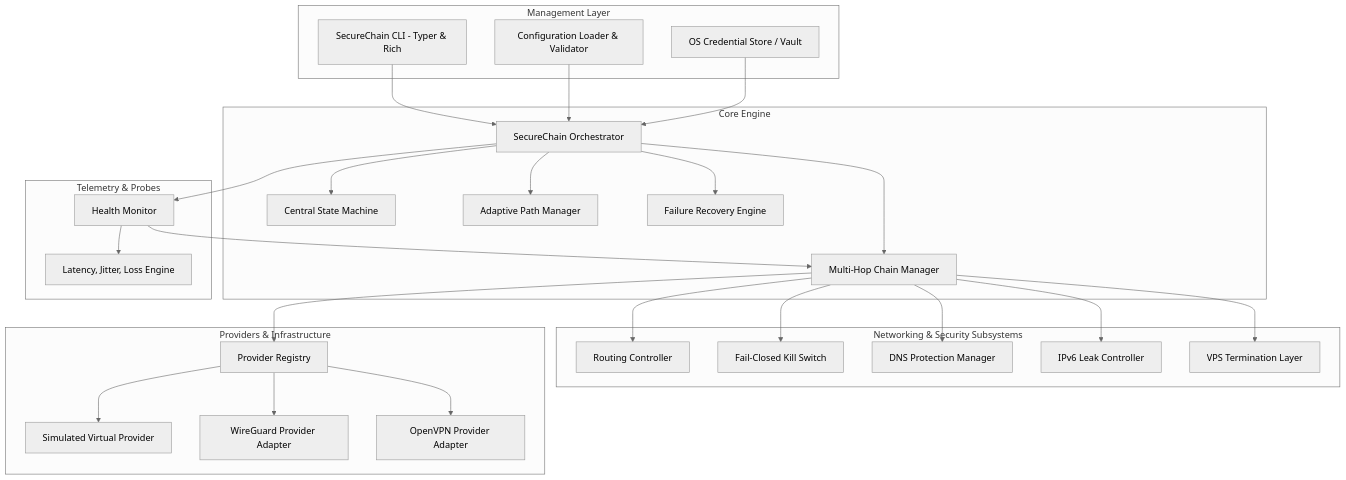
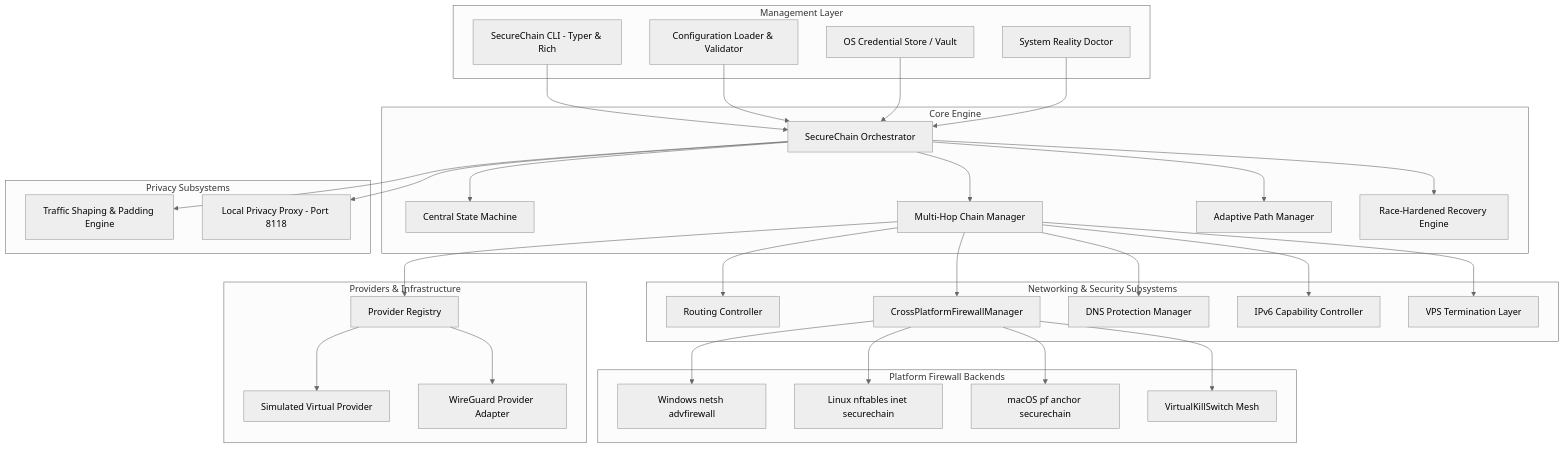
Before and after one commit to Suraj541/securechain: the first of 2 diagrams in docs/ARCHITECTURE.md, drawn with Mermaid (neutral theme). The commit also changed other lines of this file and 24 other files, not shown here.

Commit message:
feat: harden cross-platform firewall, capability-aware IPv6 routing, traffic shaping, and recovery safety

````diff
--- a/docs/ARCHITECTURE.md
+++ b/docs/ARCHITECTURE.md
@@ -18,60 +20,70 @@
 ```mermaid
 graph TD
     subgraph Management Layer
         CLI[SecureChain CLI - Typer & Rich]
         ConfigMgr[Configuration Loader & Validator]
         CredStore[OS Credential Store / Vault]
+        RealityDoctor[System Reality Doctor]
     end
 
     subgraph Core Engine
         Orchestrator[SecureChain Orchestrator]
         StateMachine[Central State Machine]
         ChainMgr[Multi-Hop Chain Manager]
         PathMgr[Adaptive Path Manager]
-        RecoveryEngine[Failure Recovery Engine]
+        RecoveryEngine[Race-Hardened Recovery Engine]
+    end
+
+    subgraph Privacy Subsystems
+        TrafficShaper[Traffic Shaping & Padding Engine]
+        PrivacyProxy[Local Privacy Proxy - Port 8118]
     end
 
     subgraph Networking & Security Subsystems
         RoutingCtrl[Routing Controller]
-        KillSwitch[Fail-Closed Kill Switch]
+        FirewallMgr[CrossPlatformFirewallManager]
         DnsMgr[DNS Protection Manager]
-        Ipv6Ctrl[IPv6 Leak Controller]
+        Ipv6Ctrl[IPv6 Capability Controller]
         VpsLayer[VPS Termination Layer]
+    end
+
+    subgraph Platform Firewall Backends
+        WinFw[Windows netsh advfirewall]
+        LinNft[Linux nftables inet securechain]
+        MacPf[macOS pf anchor securechain]
+        VirtKs[VirtualKillSwitch Mesh]
     end
 
     subgraph Providers & Infrastructure
         ProviderRegistry[Provider Registry]
         SimProvider[Simulated Virtual Provider]
         WgProvider[WireGuard Provider Adapter]
-        OvpnProvider[OpenVPN Provider Adapter]
-    end
-
-    subgraph Telemetry & Probes
-        HealthMonitor[Health Monitor]
-        ProbeEngine[Latency, Jitter, Loss Engine]
     end
 
     CLI --> Orchestrator
     ConfigMgr --> Orchestrator
     CredStore --> Orchestrator
+    RealityDoctor --> Orchestrator
 
     Orchestrator --> StateMachine
     Orchestrator --> ChainMgr
     Orchestrator --> PathMgr
     Orchestrator --> RecoveryEngine
+    Orchestrator --> TrafficShaper
+    Orchestrator --> PrivacyProxy
 
     ChainMgr --> RoutingCtrl
-    ChainMgr --> KillSwitch
+    ChainMgr --> FirewallMgr
     ChainMgr --> DnsMgr
     ChainMgr --> Ipv6Ctrl
     ChainMgr --> VpsLayer
     ChainMgr --> ProviderRegistry
 
+    FirewallMgr --> WinFw
+    FirewallMgr --> LinNft
+    FirewallMgr --> MacPf
+    FirewallMgr --> VirtKs
+
     ProviderRegistry --> SimProvider
     ProviderRegistry --> WgProvider
-    ProviderRegistry --> OvpnProvider
-
-    HealthMonitor --> ProbeEngine
-    HealthMonitor --> ChainMgr
-    Orchestrator --> HealthMonitor
 ```
````
